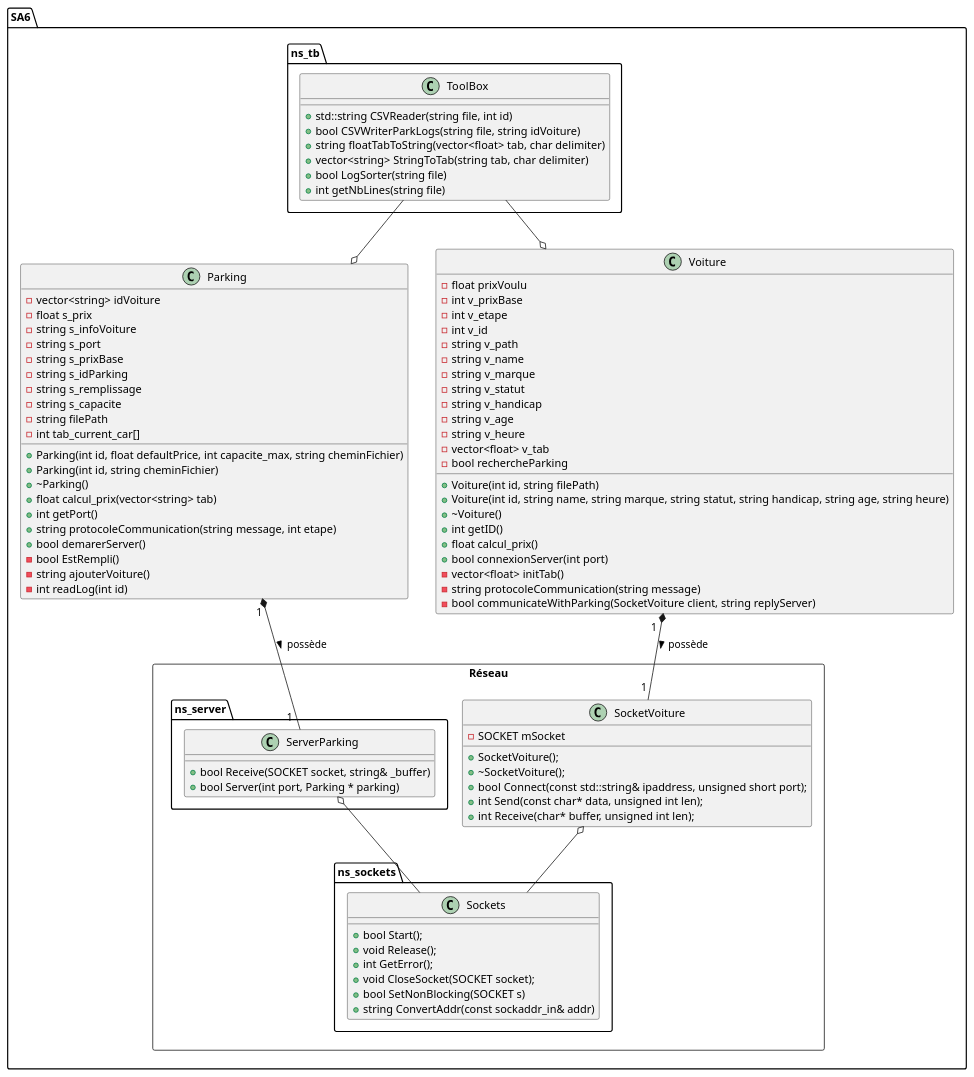
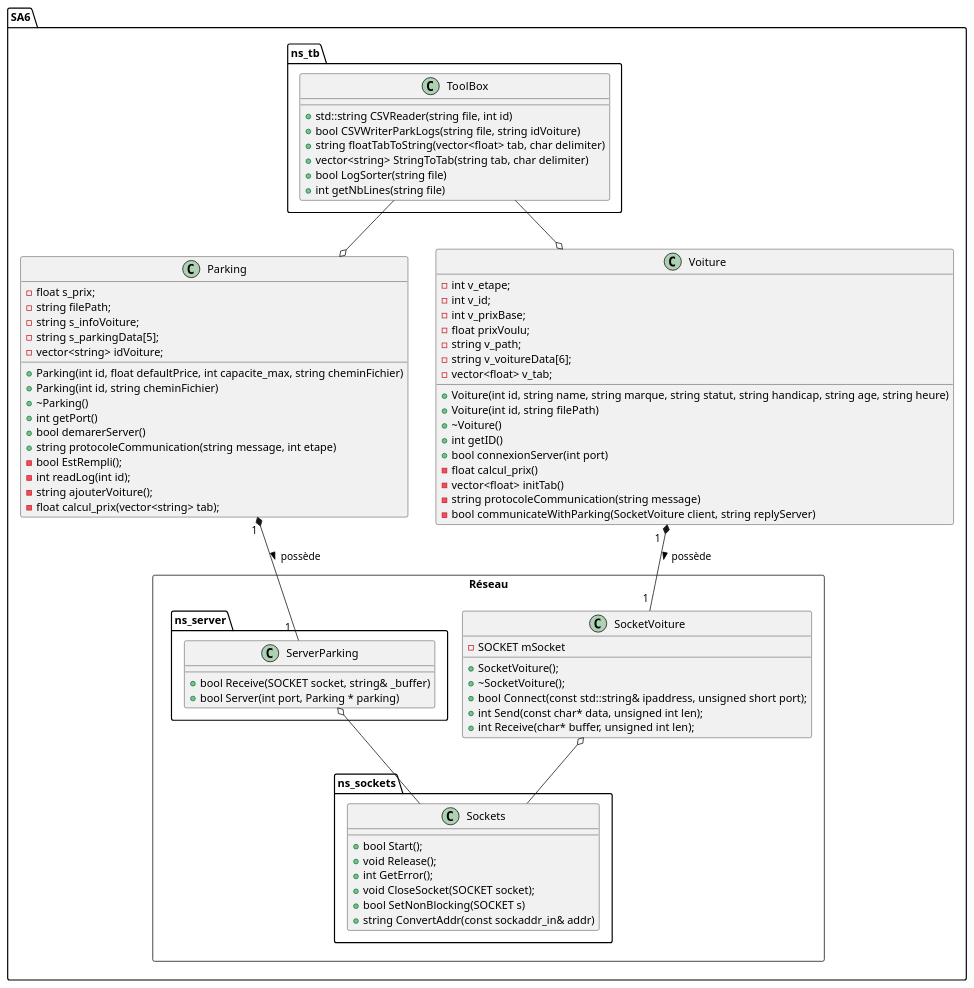
The diagram in SA6/doc/uml.plantuml (KevinFroissart/SA6_CarPark_AI), drawn with PlantUML before and after one commit. The commit also changed 9 other files, not shown here.

```diff
--- a/SA6/doc/uml.plantuml
+++ b/SA6/doc/uml.plantuml
@@ -1,112 +1,99 @@
 @startuml SA6_uml
 
 package SA6 {
 
     package ns_tb {
         class ToolBox {
-
             + std::string CSVReader(string file, int id)
             + bool CSVWriterParkLogs(string file, string idVoiture)
             + string floatTabToString(vector<float> tab, char delimiter)
             + vector<string> StringToTab(string tab, char delimiter)
             + bool LogSorter(string file)
             + int getNbLines(string file)
         }
     }
     
     class Parking {
-        - vector<string> idVoiture
-        - float s_prix
-        - string s_infoVoiture
-        - string s_port
-        - string s_prixBase
-        - string s_idParking
-        - string s_remplissage
-        - string s_capacite
-        - string filePath
-        - int tab_current_car[]
+        - float s_prix;
+        - string filePath;
+        - string s_infoVoiture;
+        - string s_parkingData[5];
+        - vector<string> idVoiture;
 
         + Parking(int id, float defaultPrice, int capacite_max, string cheminFichier)
         + Parking(int id, string cheminFichier)
         + ~Parking()
-        + float calcul_prix(vector<string> tab)
         + int getPort()
+        + bool demarerServer()
         + string protocoleCommunication(string message, int etape)
-        + bool demarerServer()
-        - bool EstRempli()
-        - string ajouterVoiture()
-        - int readLog(int id)
+        - bool EstRempli();
+        - int readLog(int id);
+        - string ajouterVoiture();
+        - float calcul_prix(vector<string> tab);
     }
 
     Class Voiture {
-        - float prixVoulu
-        - int v_prixBase
-        - int v_etape
-        - int v_id
-        - string v_path
-        - string v_name
-        - string v_marque
-        - string v_statut
-        - string v_handicap
-        - string v_age
-        - string v_heure
-        - vector<float> v_tab
-        - bool rechercheParking
-
+        - int v_etape;
+        - int v_id;
+        - int v_prixBase;
+        - float prixVoulu;
+        - string v_path;
+        - string v_voitureData[6];
+        - vector<float> v_tab;
+        
+        + Voiture(int id, string name, string marque, string statut, string handicap, string age, string heure)
         + Voiture(int id, string filePath)
-        + Voiture(int id, string name, string marque, string statut, string handicap, string age, string heure)
         + ~Voiture()
         + int getID()
-        + float calcul_prix()
         + bool connexionServer(int port)
+        - float calcul_prix()
         - vector<float> initTab()
         - string protocoleCommunication(string message)
         - bool communicateWithParking(SocketVoiture client, string replyServer)
     }
 
     package Réseau <<Rectangle>> {
 
         package ns_server {
             Class ServerParking {
-
                 + bool Receive(SOCKET socket, string& _buffer)
                 + bool Server(int port, Parking * parking)
             }
         }
 
         Class SocketVoiture {
             - SOCKET mSocket
 
             + SocketVoiture();
             + ~SocketVoiture();
             + bool Connect(const std::string& ipaddress, unsigned short port);
             + int Send(const char* data, unsigned int len);
             + int Receive(char* buffer, unsigned int len);		
         }
 
         package ns_sockets{
 
             Class Sockets {
 
                 + bool Start();
                 + void Release();
                 + int GetError();
                 + void CloseSocket(SOCKET socket);
                 + bool SetNonBlocking(SOCKET s)
                 + string ConvertAddr(const sockaddr_in& addr)    
             }
         }
     }
 }
 
 ToolBox --o Voiture
 ToolBox --o Parking
 
 Parking "1 " *-- "1  " ServerParking : > possède
 Voiture "1  " *-- "1 " SocketVoiture : possède >
 
 SocketVoiture o-- Sockets
 ServerParking o-- Sockets
 
 
 @enduml
```
